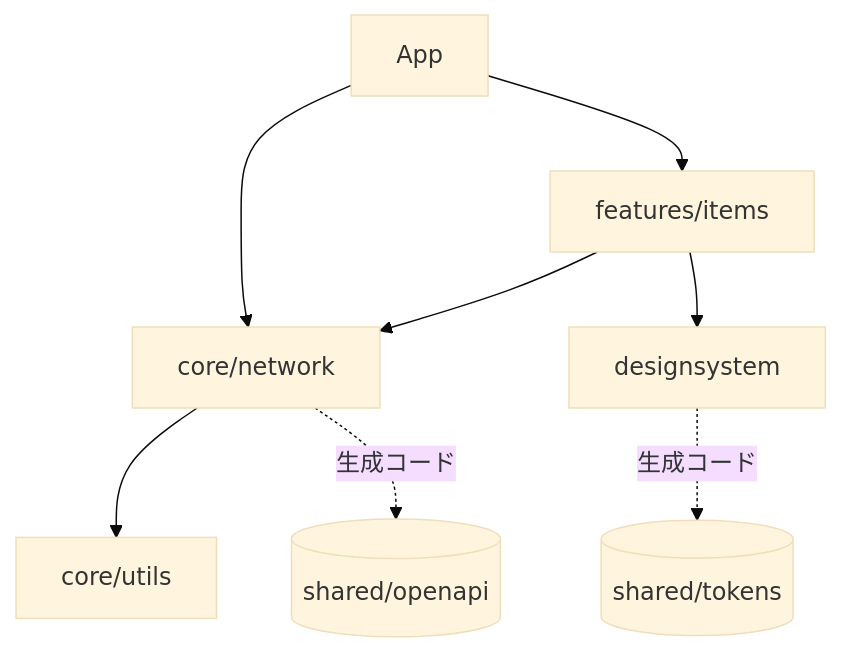
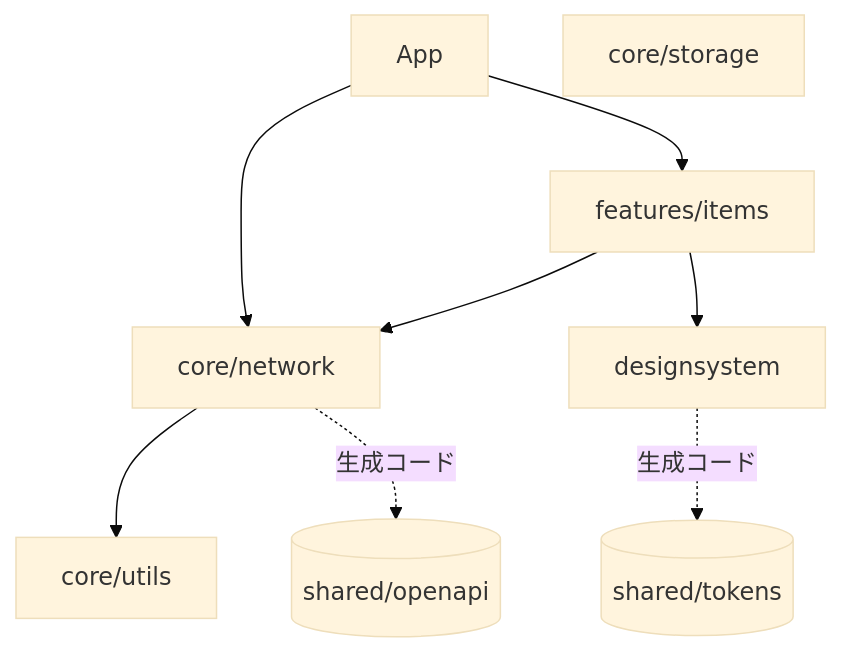
One commit to imk1t/native-sync-template changed the second of 2 diagrams in README.md. Above: the diagram before and after it, drawn with Mermaid (base theme). The commit also changed other lines of this file and 15 other files, not shown here.

Commit message:
Add core/storage and restructure README (#3)

````diff
--- a/README.md
+++ b/README.md
@@ -55,10 +138,11 @@
 ```mermaid
 flowchart TD
     app["App"] --> items["features/items"]
     app --> network["core/network"]
     items --> network
     items --> designsystem
     network --> utils["core/utils"]
     network -.->|生成コード| openapi[("shared/openapi")]
     designsystem -.->|生成コード| tokens[("shared/tokens")]
+    storage["core/storage"]
 ```
````
